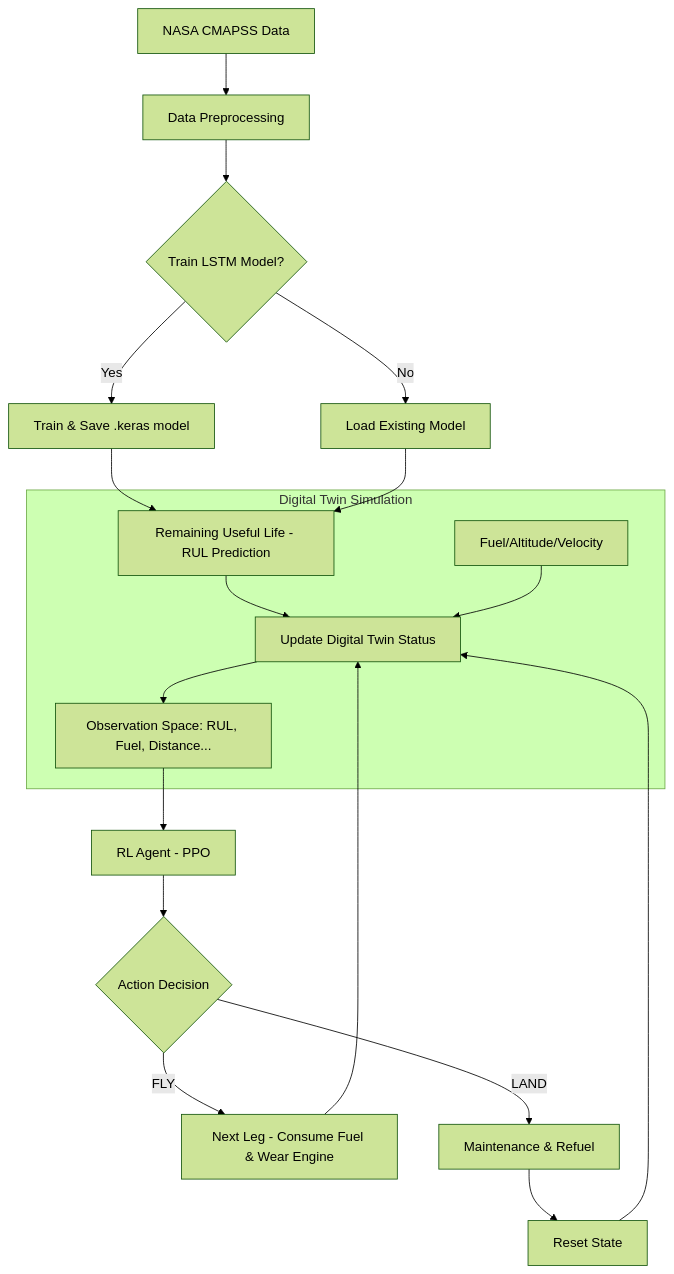
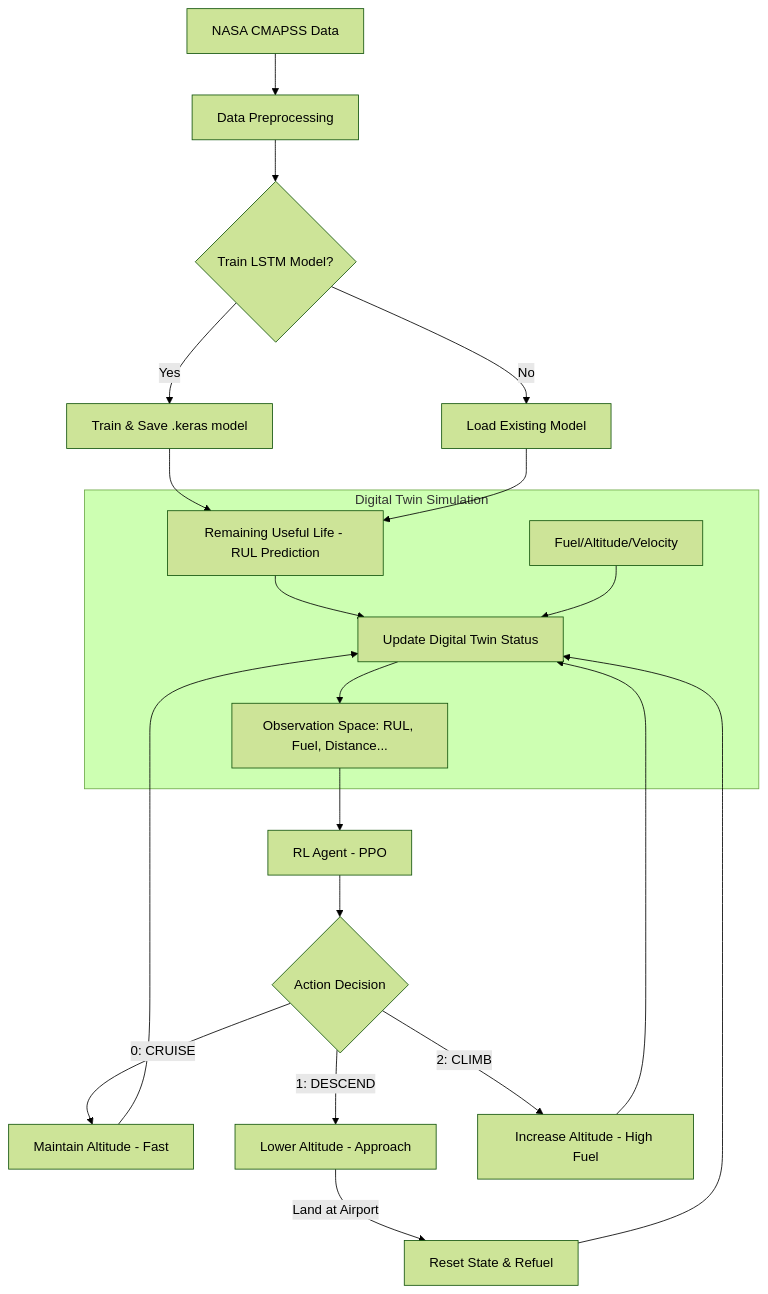
The diagram in README.md (nttung245/NT549-Project), drawn with Mermaid (forest theme) before and after one commit. The commit also changed other lines of this file and 21 other files, not shown here.

````diff
--- a/README.md
+++ b/README.md
@@ -33,24 +33,26 @@
 ```mermaid
 graph TD
     A[NASA CMAPSS Data] --> B[Data Preprocessing]
     B --> C{Train LSTM Model?}
     C -- Yes --> D[Train & Save .keras model]
     C -- No --> E[Load Existing Model]
     D --> F[Remaining Useful Life - RUL Prediction]
     E --> F
 
     subgraph "Digital Twin Simulation"
         F --> G[Update Digital Twin Status]
         H[Fuel/Altitude/Velocity] --> G
         G --> I[Observation Space: RUL, Fuel, Distance...]
     end
 
     I --> J[RL Agent - PPO]
     J --> K{Action Decision}
-    K -- FLY --> L[Next Leg - Consume Fuel & Wear Engine]
-    K -- LAND --> M[Maintenance & Refuel]
+    K -- 0: CRUISE --> L[Maintain Altitude - Fast]
+    K -- 1: DESCEND --> M[Lower Altitude - Approach]
+    K -- 2: CLIMB --> O[Increase Altitude - High Fuel]
 
     L --> G
-    M --> N[Reset State]
+    M -- Land at Airport --> N[Reset State & Refuel]
+    O --> G
     N --> G
 ```
````
